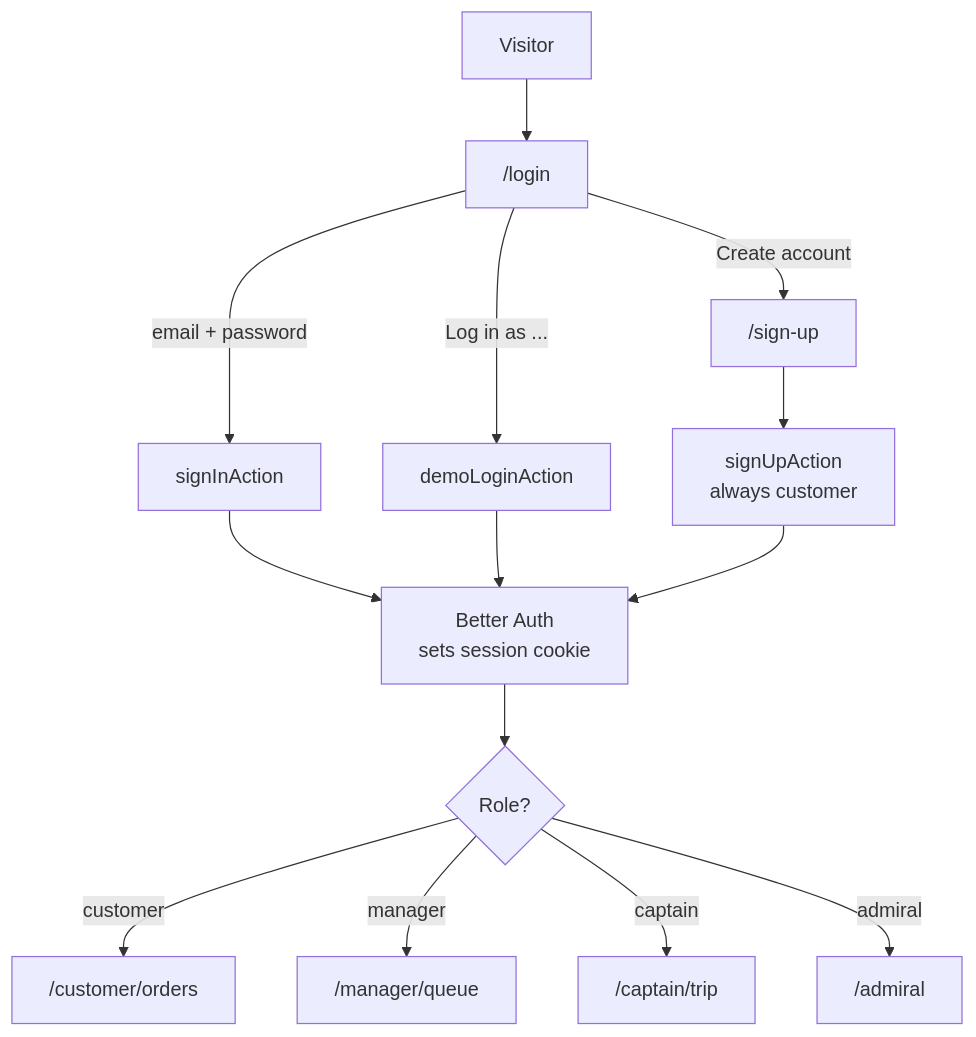
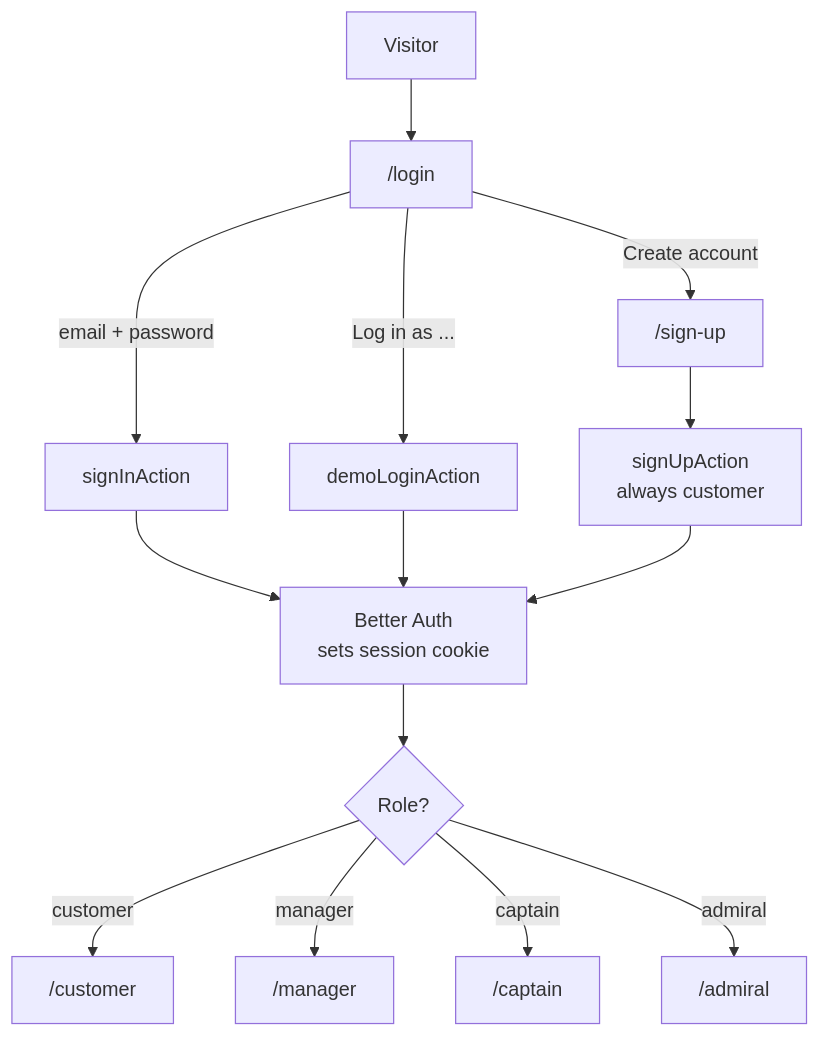
One commit to sajjad-mugdho/terra-ops changed the diagram in docs/lld/01-auth.md. Above: the diagram before and after it, drawn with Mermaid. The commit also changed other lines of this file and 77 other files, not shown here.

First line of the commit message:
feat(ui): add Phase 7 dashboard redesign with sidebar, overviews and charts

````diff
--- a/docs/lld/01-auth.md
+++ b/docs/lld/01-auth.md
@@ -67,16 +67,16 @@
 ```mermaid
 flowchart TD
     V[Visitor] --> L["/login"]
     L -- "email + password" --> SI[signInAction]
     L -- "Log in as ..." --> DL[demoLoginAction]
     L -- "Create account" --> SU["/sign-up"]
     SU --> SUA[signUpAction<br/>always customer]
     SI --> BA[Better Auth<br/>sets session cookie]
     DL --> BA
     SUA --> BA
     BA --> H{Role?}
-    H -- customer --> C["/customer/orders"]
-    H -- manager --> M["/manager/queue"]
-    H -- captain --> K["/captain/trip"]
+    H -- customer --> C["/customer"]
+    H -- manager --> M["/manager"]
+    H -- captain --> K["/captain"]
     H -- admiral --> A["/admiral"]
 ```
````
